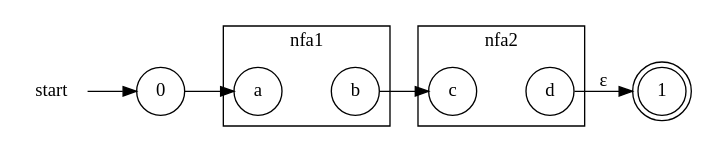
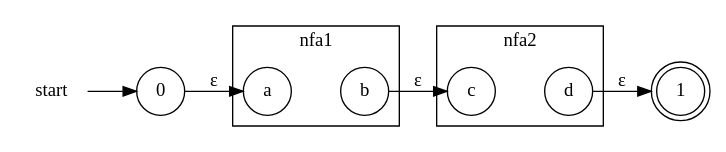
One commit to Lotes/how-to-build-a-lexer changed the diagram in docs/2-nfa-concatenation.gv. Above: the diagram before and after it, drawn with Graphviz.

```diff
--- a/docs/2-nfa-concatenation.gv
+++ b/docs/2-nfa-concatenation.gv
@@ -1,21 +1,21 @@
 digraph G {
   rankdir=LR;
   node [shape=circle]
   start [shape=none]
   0
   1 [shape=doublecircle]
   subgraph cluster0 {
       label="nfa1"
       rankdir=LR;
       a -> b [style=invis]
   }
   subgraph cluster1 {
       label="nfa2"
       rankdir=LR;
       c -> d [style=invis]
   }
   start -> 0 [label=""]
-  0 -> a
-  b -> c
+  0 -> a [label="&epsilon;"]
+  b -> c [label="&epsilon;"]
   d -> 1 [label="&epsilon;"]
 }
```
